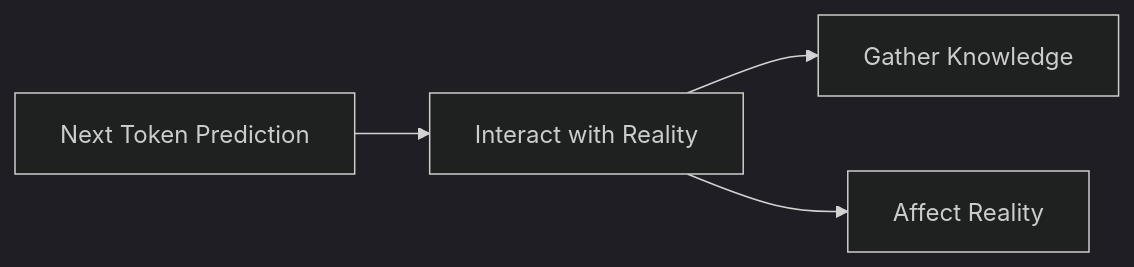
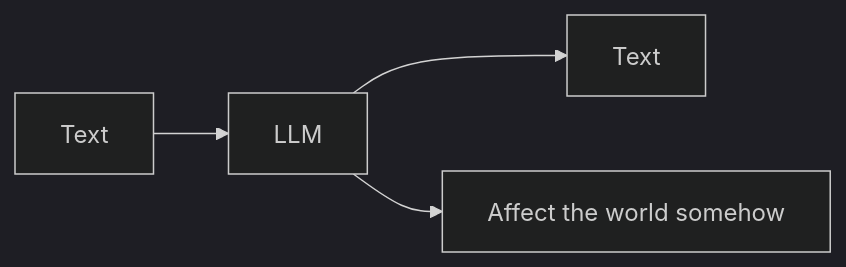
The fifth of 7 diagrams in README.md (BrutLogic/Post), drawn with Mermaid (dark theme) before and after one commit. The commit also changed other lines of this file, not shown here.

````diff
--- a/README.md
+++ b/README.md
@@ -125,6 +245,6 @@
 ```mermaid
 graph LR
-    A[Next Token Prediction] --> B[Interact with Reality]
-    B --> C[Gather Knowledge]
-    B --> D[Affect Reality]
+    A[Text] --> B[LLM]
+    B --> C[Text]
+    B --> D[Affect the world somehow]
 ```
````
